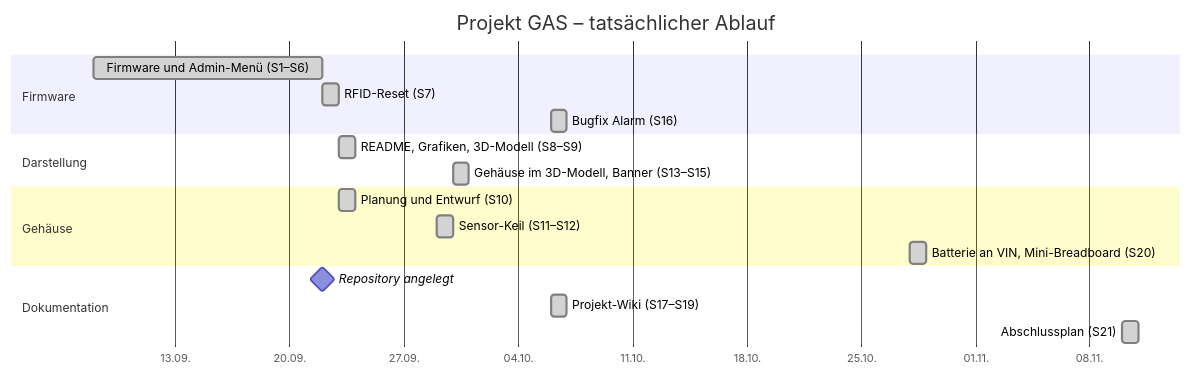
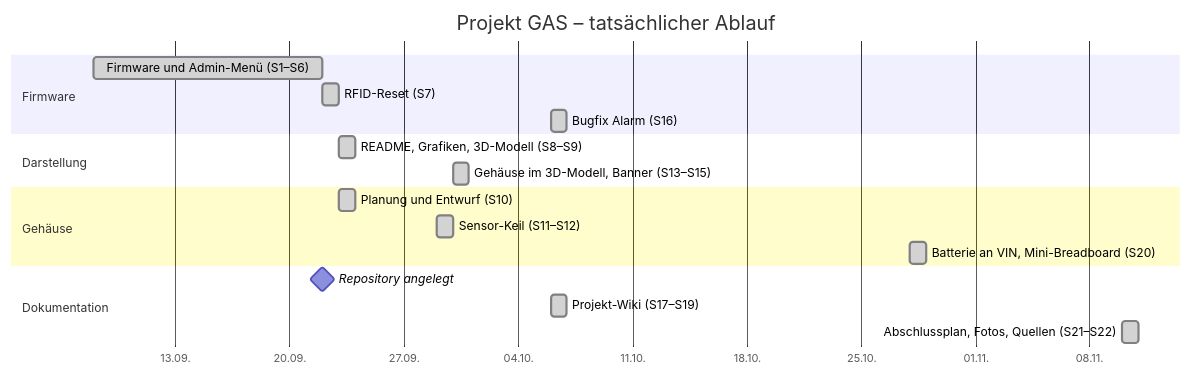
The diagram in wiki/Zeitplan.md (BBZ-AIFS51/LF7-Projekt_GAS), drawn with Mermaid before and after one commit. The commit also changed other lines of this file and 14 other files, not shown here.

````diff
--- a/wiki/Zeitplan.md
+++ b/wiki/Zeitplan.md
@@ -30,27 +30,27 @@
 ```mermaid
 gantt
     title Projekt GAS – tatsächlicher Ablauf
     dateFormat YYYY-MM-DD
     axisFormat %d.%m.
     tickInterval 1week
     todayMarker off
 
     section Firmware
     Firmware und Admin-Menü (S1–S6)     :done, 2026-09-08, 2026-09-22
     RFID-Reset (S7)                     :done, 2026-09-22, 1d
     Bugfix Alarm (S16)                  :done, 2026-10-06, 1d
 
     section Darstellung
     README, Grafiken, 3D-Modell (S8–S9) :done, 2026-09-23, 1d
     Gehäuse im 3D-Modell, Banner (S13–S15) :done, 2026-09-30, 1d
 
     section Gehäuse
     Planung und Entwurf (S10)           :done, 2026-09-23, 1d
     Sensor-Keil (S11–S12)               :done, 2026-09-29, 1d
     Batterie an VIN, Mini-Breadboard (S20) :done, 2026-10-28, 1d
 
     section Dokumentation
     Repository angelegt                 :milestone, 2026-09-22, 0d
     Projekt-Wiki (S17–S19)              :done, 2026-10-06, 1d
-    Abschlussplan (S21)                 :done, 2026-11-10, 1d
+    Abschlussplan, Fotos, Quellen (S21–S22) :done, 2026-11-10, 1d
 ```
````
